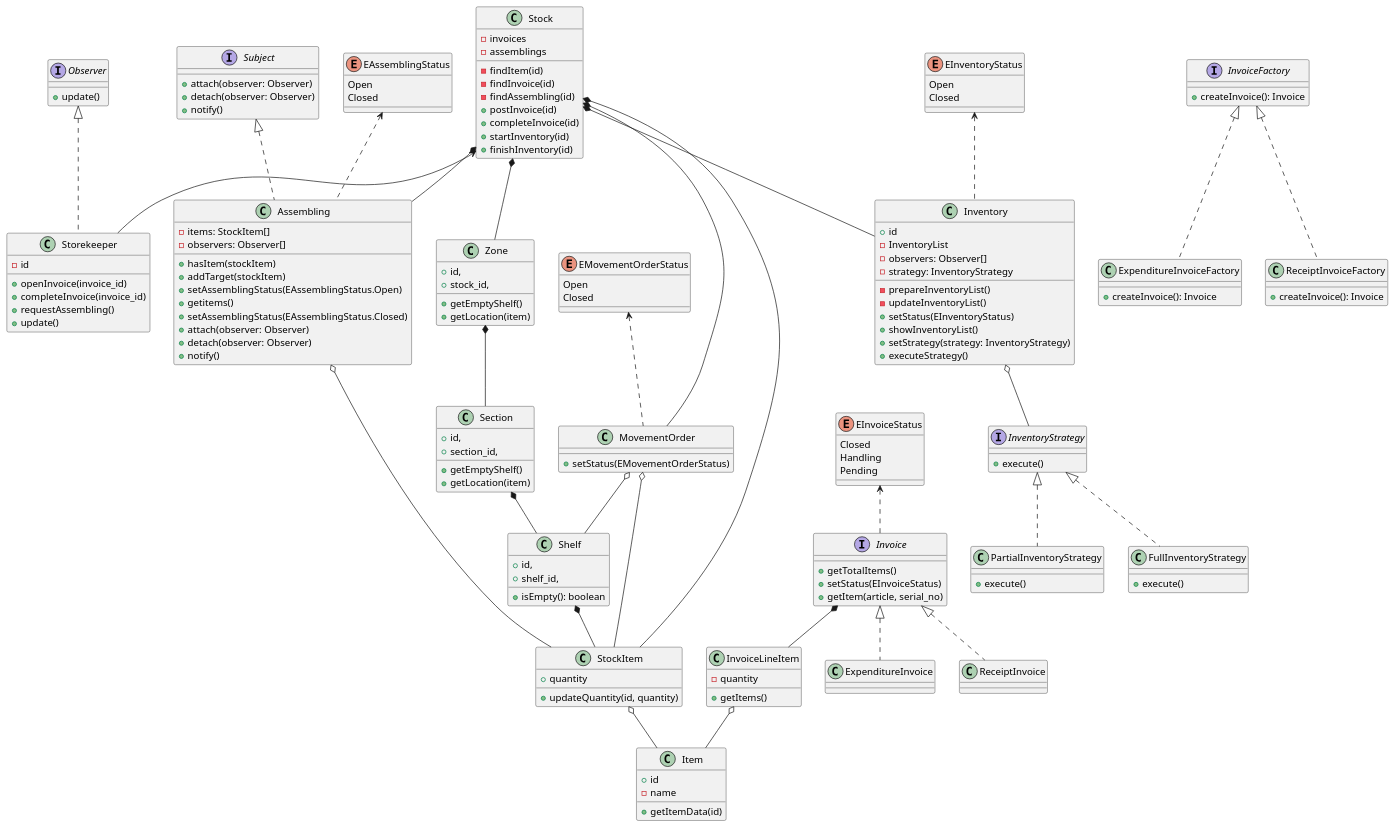
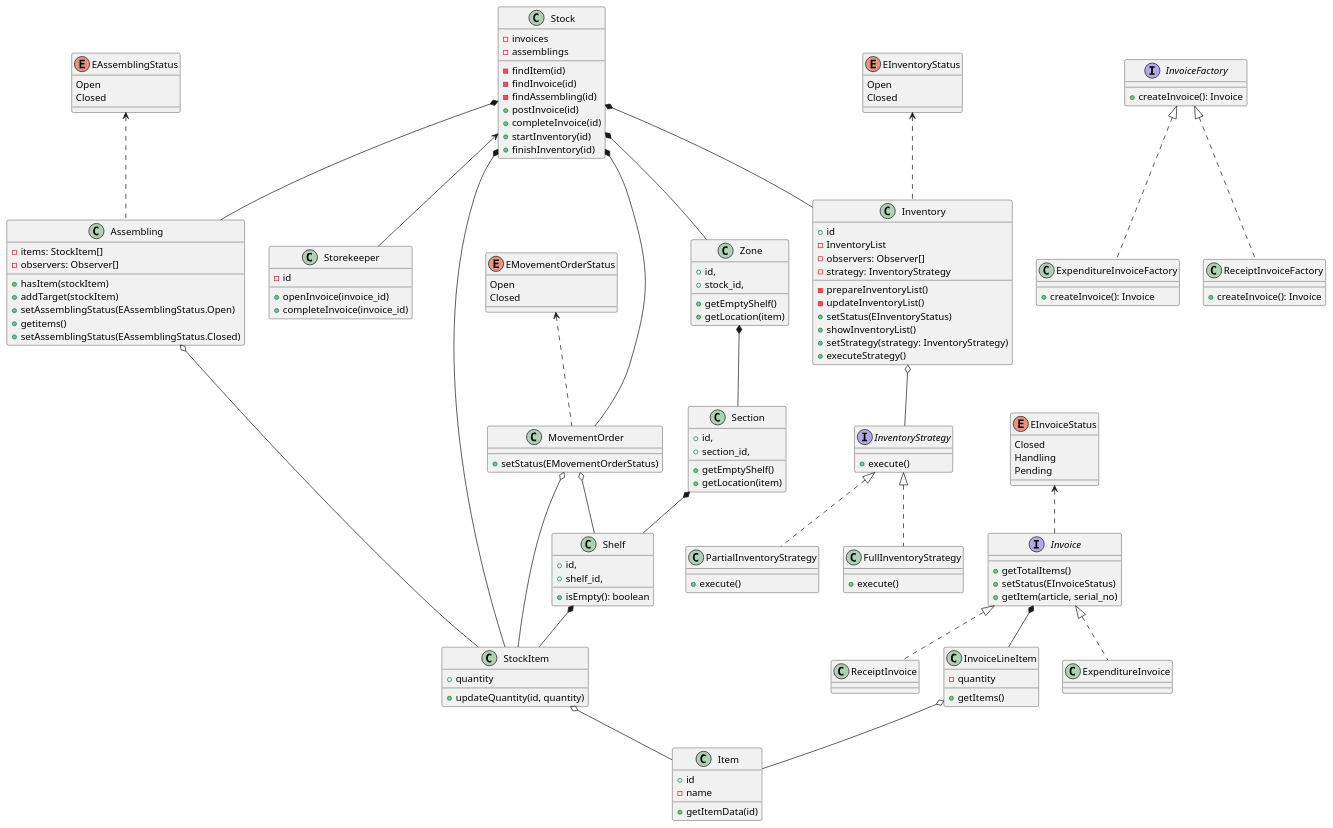
The diagram in warehouse/диаграмма_классов.md (penamarth/bsbo-02-21_team5_var6_sklad), drawn with PlantUML before and after one commit.

Commit message:
Delete Observer

```diff
--- a/warehouse/диаграмма_классов.md
+++ b/warehouse/диаграмма_классов.md
@@ -1,14 +1,4 @@
 @startuml
-
-interface Observer {
-  +update()
-}
-
-interface Subject {
-  +attach(observer: Observer)
-  +detach(observer: Observer)
-  +notify()
-}
 
 class Stock {
   -invoices
@@ -83,19 +73,17 @@
   +getItems()
 }
 
-class Storekeeper implements Observer {
+class Storekeeper {
   -id
   +openInvoice(invoice_id)
   +completeInvoice(invoice_id)
-  +requestAssembling()
-  +update()
 }
 
 enum EAssemblingStatus {
   Open
   Closed
 }
-class Assembling implements Subject {
+class Assembling {
   -items: StockItem[]
   -observers: Observer[]
   +hasItem(stockItem)
@@ -103,9 +91,6 @@
   +setAssemblingStatus(EAssemblingStatus.Open)
   +getitems()
   +setAssemblingStatus(EAssemblingStatus.Closed)
-  +attach(observer: Observer)
-  +detach(observer: Observer)
-  +notify()
 }
 
 enum EInventoryStatus {
```
